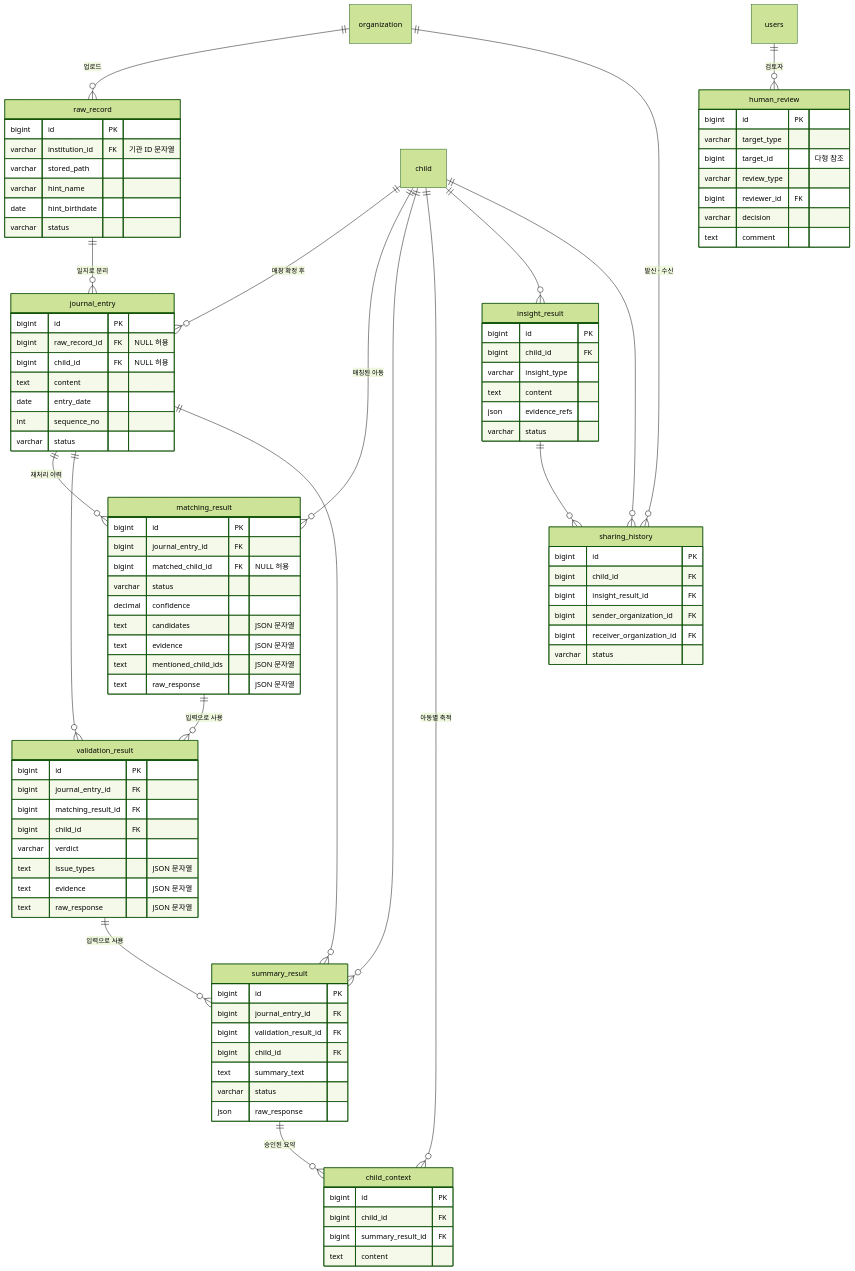
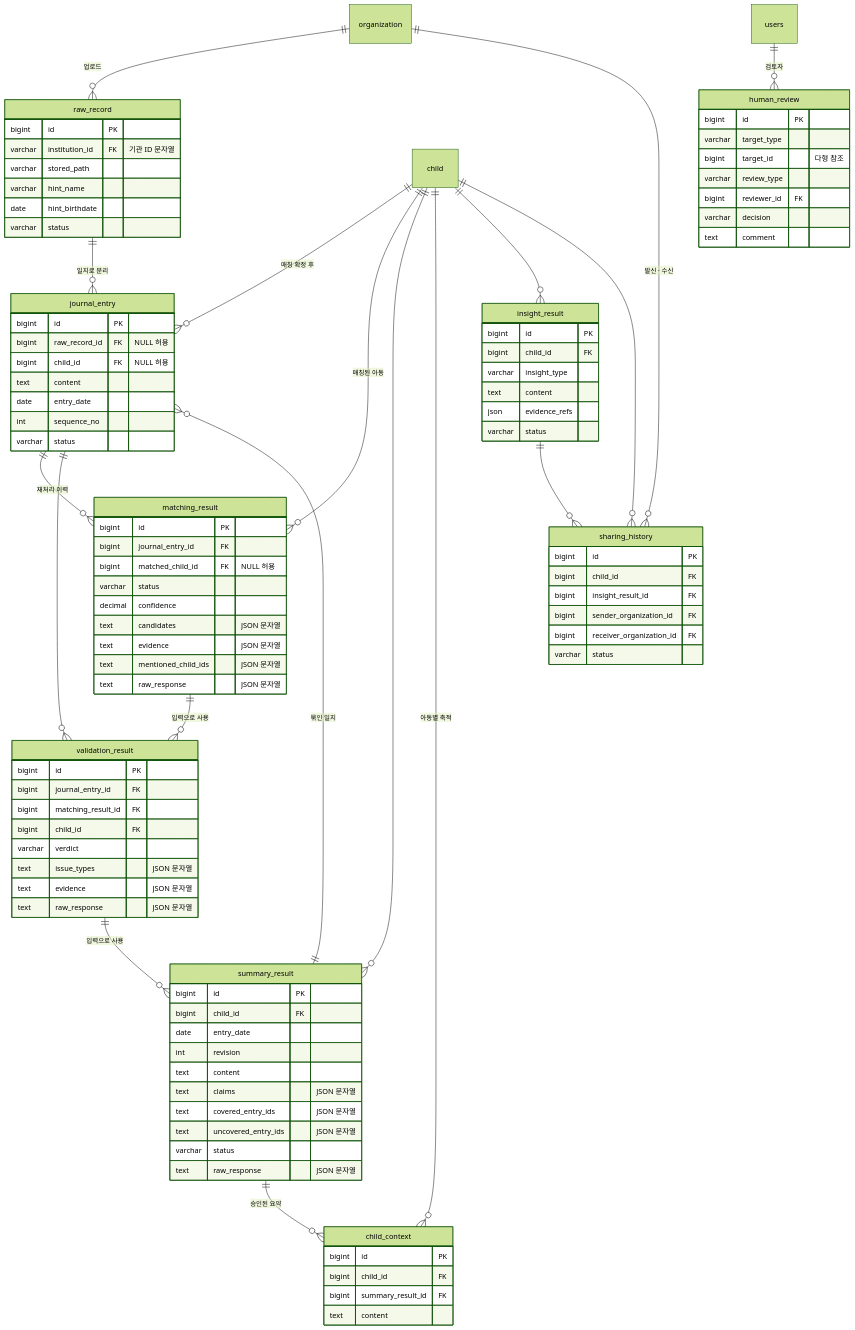
One commit to kakaotechcampus-4/ktc4-kyungpook-2 changed the second of 2 diagrams in docs/db/schema.md. Above: the diagram before and after it, drawn with Mermaid (forest theme). The commit also changed other lines of this file and 1 other file, not shown here.

```diff
--- a/docs/db/schema.md
+++ b/docs/db/schema.md
@@ -148,7 +148,7 @@
     child ||--o{ matching_result : "매칭된 아동"
     journal_entry ||--o{ validation_result : ""
     matching_result ||--o{ validation_result : "입력으로 사용"
-    journal_entry ||--o{ summary_result : ""
+    summary_result ||--o{ journal_entry : "묶인 일지"
     validation_result ||--o{ summary_result : "입력으로 사용"
     child ||--o{ summary_result : ""
     users ||--o{ human_review : "검토자"
@@ -199,12 +199,15 @@
     }
     summary_result {
         bigint id PK
-        bigint journal_entry_id FK
-        bigint validation_result_id FK
         bigint child_id FK
-        text summary_text
+        date entry_date
+        int revision
+        text content
+        text claims "JSON 문자열"
+        text covered_entry_ids "JSON 문자열"
+        text uncovered_entry_ids "JSON 문자열"
         varchar status
-        json raw_response
+        text raw_response "JSON 문자열"
     }
     human_review {
         bigint id PK
```
